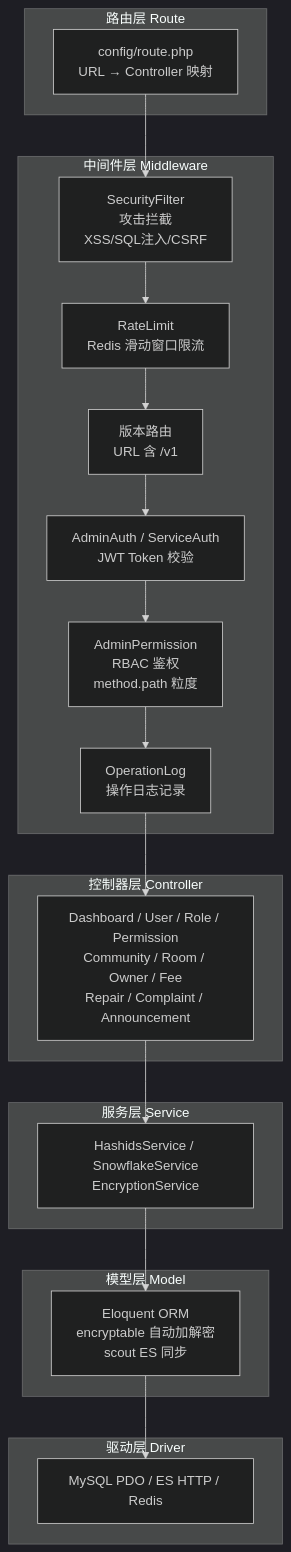
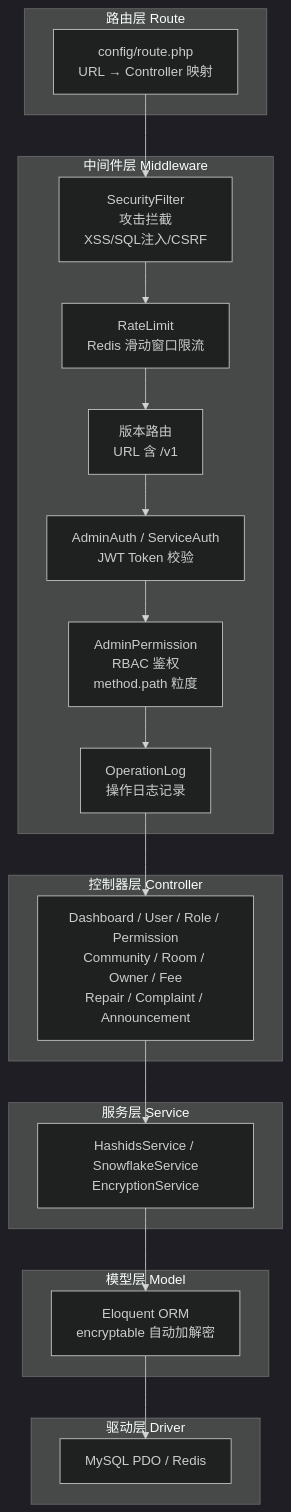
The second of 10 diagrams in docs/ARCHITECTURE.md (erikwang2013/property-management-platform), drawn with Mermaid (dark theme) before and after one commit. The commit also changed other lines of this file and 44 other files, not shown here.

````diff
--- a/docs/ARCHITECTURE.md
+++ b/docs/ARCHITECTURE.md
@@ -43,34 +42,34 @@
 ```mermaid
 flowchart TD
     subgraph "路由层 Route"
         R1["config/route.php<br/>URL → Controller 映射"]
     end
 
     subgraph "中间件层 Middleware"
         M_SF["SecurityFilter<br/>攻击拦截<br/>XSS/SQL注入/CSRF"]
         M_RL["RateLimit<br/>Redis 滑动窗口限流"]
         M0["版本路由<br/>URL 含 /v1"]
         M1["AdminAuth / ServiceAuth<br/>JWT Token 校验"]
         M2["AdminPermission<br/>RBAC 鉴权<br/>method.path 粒度"]
         M_OP["OperationLog<br/>操作日志记录"]
     end
 
     subgraph "控制器层 Controller"
         CT["Dashboard / User / Role / Permission<br/>Community / Room / Owner / Fee<br/>Repair / Complaint / Announcement"]
     end
 
     subgraph "服务层 Service"
         S["HashidsService / SnowflakeService<br/>EncryptionService"]
     end
 
     subgraph "模型层 Model"
-        MD["Eloquent ORM<br/>encryptable 自动加解密<br/>scout ES 同步"]
+        MD["Eloquent ORM<br/>encryptable 自动加解密"]
     end
 
     subgraph "驱动层 Driver"
-        D["MySQL PDO / ES HTTP / Redis"]
+        D["MySQL PDO / Redis"]
     end
 
     R1 --> M_SF --> M_RL --> M0 --> M1 --> M2 --> M_OP --> CT
     CT --> S --> MD --> D
 ```
````
